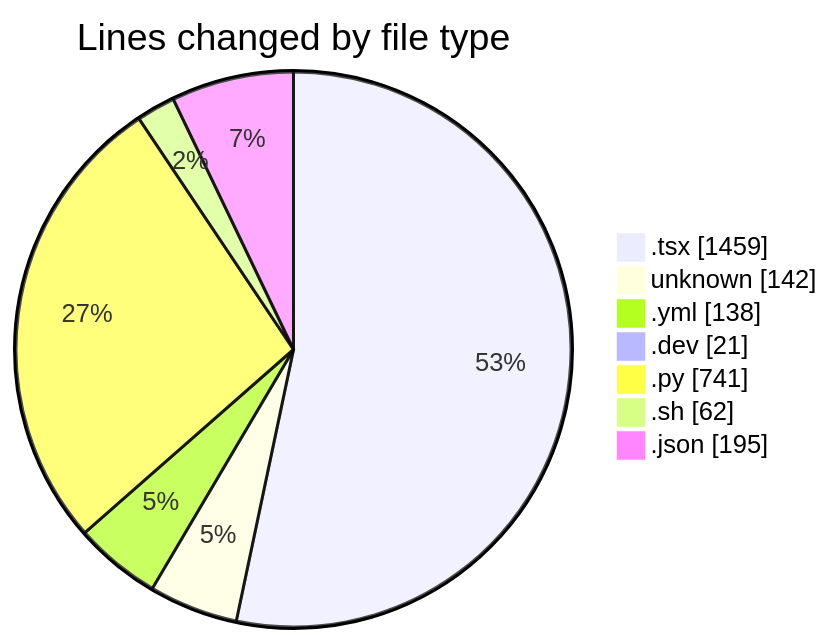
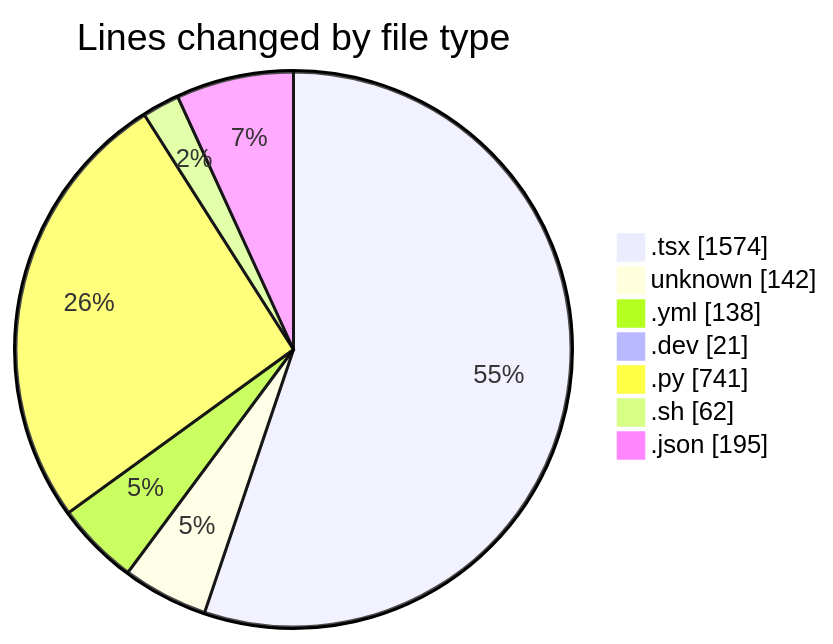
One commit to Elitesun/code-tracking changed the first of 2 diagrams in 2025-05-18/niten/README.md. Above: the diagram before and after it, drawn with Mermaid. The commit also changed other lines of this file and 1 other file, not shown here.

````diff
--- a/2025-05-18/niten/README.md
+++ b/2025-05-18/niten/README.md
@@ -38,11 +38,11 @@
 ```mermaid
 pie showData
 title Lines changed by file type
-".tsx" : 1459
+".tsx" : 1574
 "unknown" : 142
 ".yml" : 138
 ".dev" : 21
 ".py" : 741
 ".sh" : 62
 ".json" : 195
 ```
````
